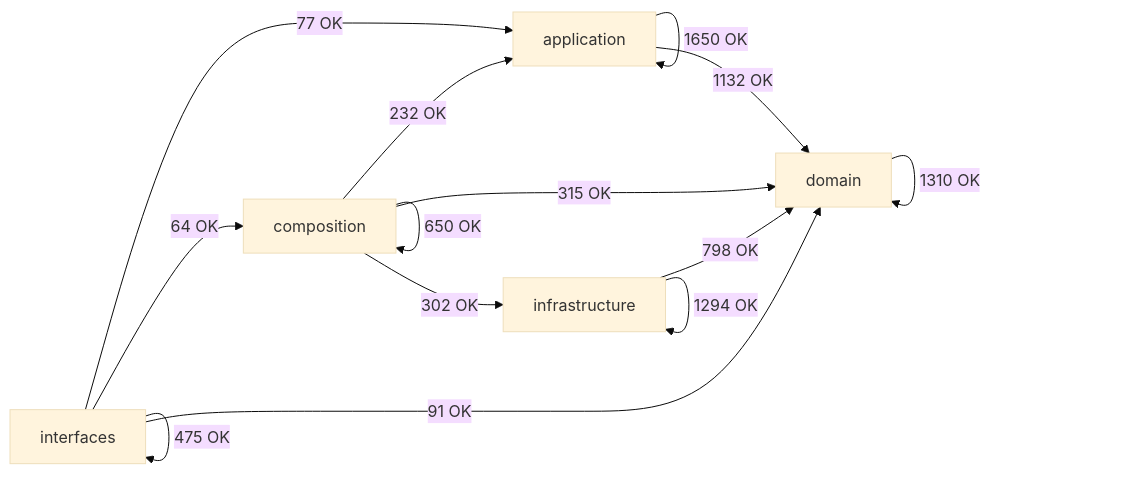
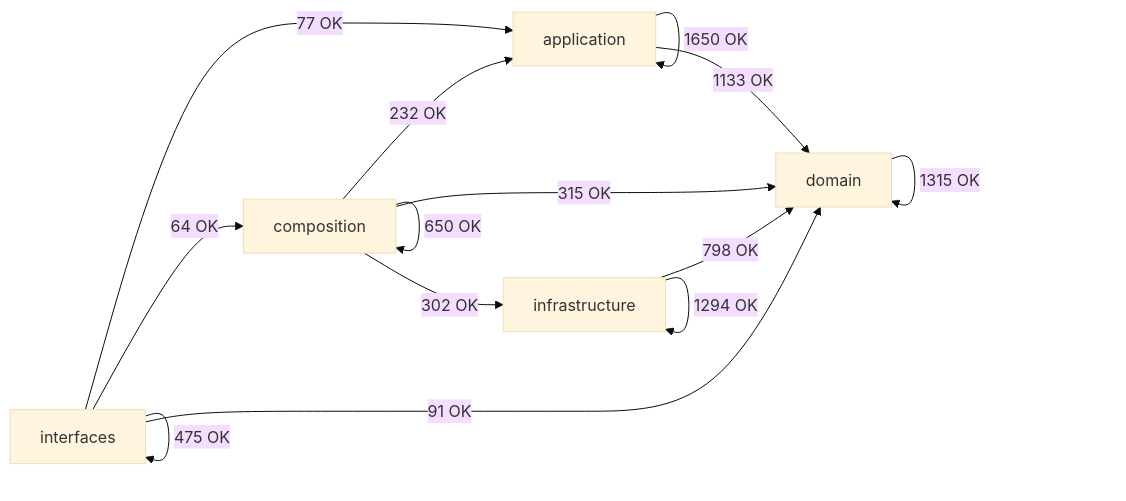
Before and after one commit to SatoryKono/BioactivityDataAcquisition: the diagram in docs/02-architecture/generated/module-dependency-map.md, drawn with Mermaid (base theme). The commit also changed other lines of this file and 12 other files, not shown here.

````diff
--- a/docs/02-architecture/generated/module-dependency-map.md
+++ b/docs/02-architecture/generated/module-dependency-map.md
@@ -17,21 +17,21 @@
 ```mermaid
 flowchart LR
     domain[domain]
     application[application]
     infrastructure[infrastructure]
     composition[composition]
     interfaces[interfaces]
     application -->|1650 OK| application
-    application -->|1132 OK| domain
+    application -->|1133 OK| domain
     composition -->|232 OK| application
     composition -->|650 OK| composition
     composition -->|315 OK| domain
     composition -->|302 OK| infrastructure
-    domain -->|1310 OK| domain
+    domain -->|1315 OK| domain
     infrastructure -->|798 OK| domain
     infrastructure -->|1294 OK| infrastructure
     interfaces -->|77 OK| application
     interfaces -->|64 OK| composition
     interfaces -->|91 OK| domain
     interfaces -->|475 OK| interfaces
 ```
````
